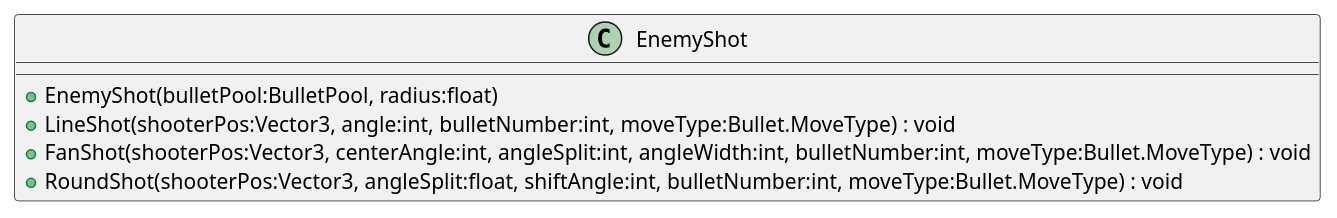
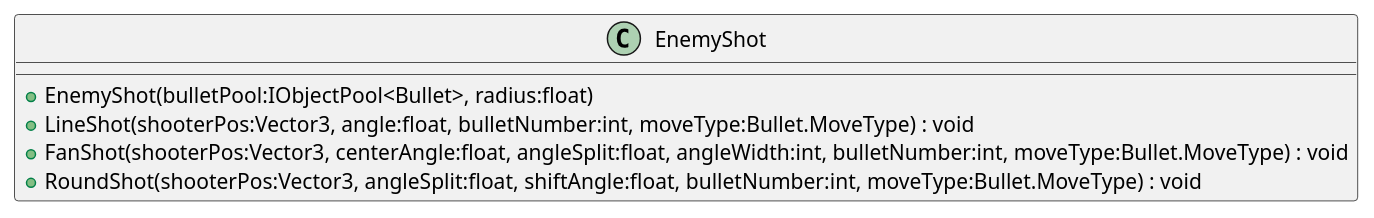
The diagram in plantuml/Enemy/EnemyShot.puml (CrescentMoon8/MagicBarrage), drawn with PlantUML before and after one commit. The commit also changed 31 other files, not shown here.

```diff
--- a/plantuml/Enemy/EnemyShot.puml
+++ b/plantuml/Enemy/EnemyShot.puml
@@ -1,8 +1,8 @@
 @startuml
 class EnemyShot {
-    + EnemyShot(bulletPool:BulletPool, radius:float)
-    + LineShot(shooterPos:Vector3, angle:int, bulletNumber:int, moveType:Bullet.MoveType) : void
-    + FanShot(shooterPos:Vector3, centerAngle:int, angleSplit:int, angleWidth:int, bulletNumber:int, moveType:Bullet.MoveType) : void
-    + RoundShot(shooterPos:Vector3, angleSplit:float, shiftAngle:int, bulletNumber:int, moveType:Bullet.MoveType) : void
+    + EnemyShot(bulletPool:IObjectPool<Bullet>, radius:float)
+    + LineShot(shooterPos:Vector3, angle:float, bulletNumber:int, moveType:Bullet.MoveType) : void
+    + FanShot(shooterPos:Vector3, centerAngle:float, angleSplit:float, angleWidth:int, bulletNumber:int, moveType:Bullet.MoveType) : void
+    + RoundShot(shooterPos:Vector3, angleSplit:float, shiftAngle:float, bulletNumber:int, moveType:Bullet.MoveType) : void
 }
 @enduml
```
